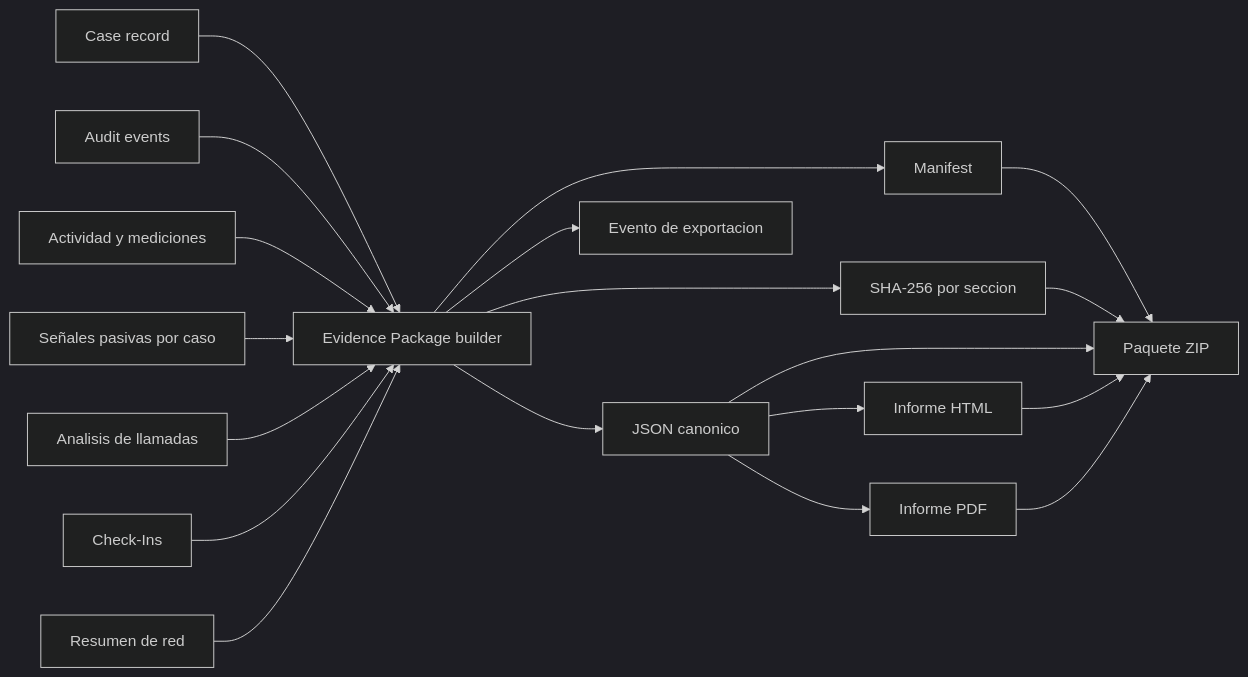
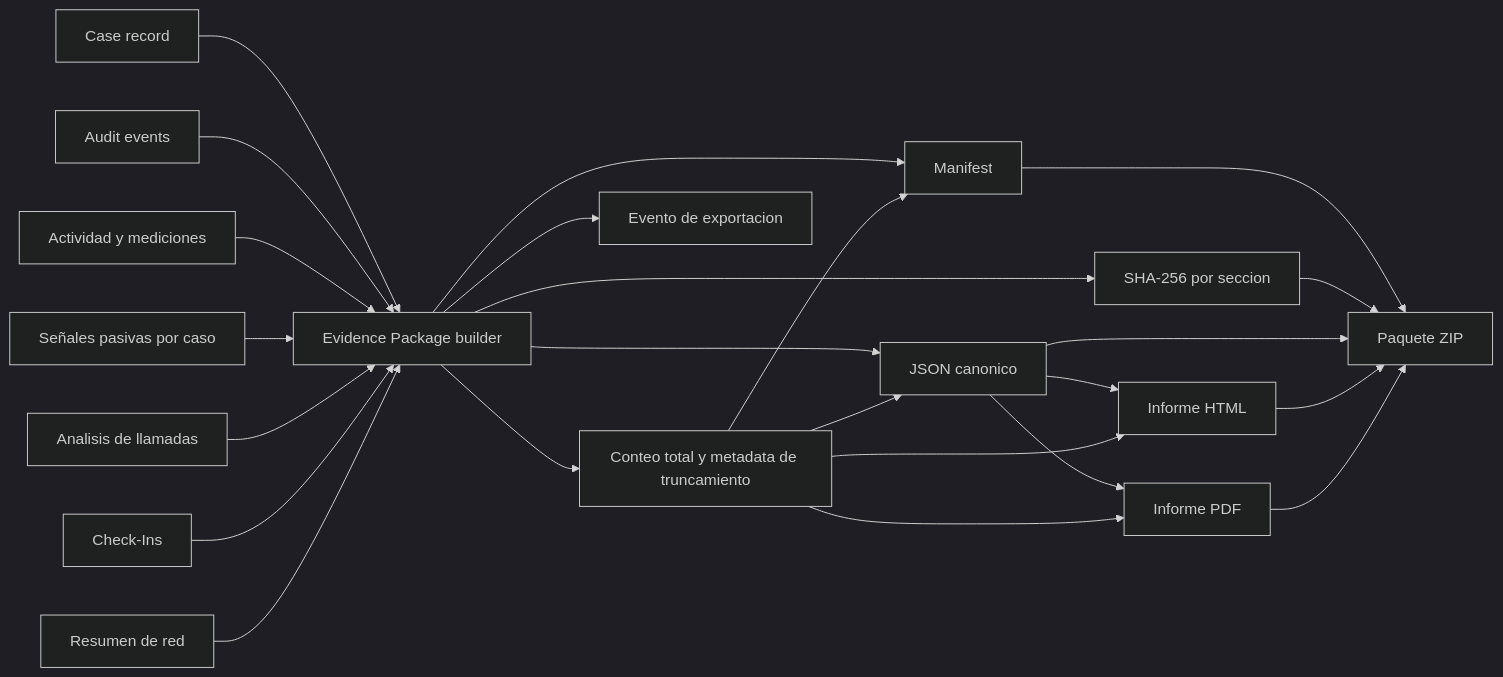
The diagram in docs/diagrams/10-evidence-reporting.md (deco31416/wp-monitor), drawn with Mermaid (dark theme) before and after one commit. The commit also changed other lines of this file and 34 other files, not shown here.

````diff
--- a/docs/diagrams/10-evidence-reporting.md
+++ b/docs/diagrams/10-evidence-reporting.md
@@ -7,38 +7,44 @@
 ```mermaid
 flowchart LR
     Case[Case record]
     Audit[Audit events]
     Activity[Actividad y mediciones]
     Passive[Señales pasivas por caso]
     Calls[Analisis de llamadas]
     CheckIns[Check-Ins]
     Network[Resumen de red]
 
     Builder[Evidence Package builder]
+    Coverage[Conteo total y metadata de truncamiento]
     Manifest[Manifest]
     Hashes[SHA-256 por seccion]
     JSON[JSON canonico]
     HTML[Informe HTML]
     PDF[Informe PDF]
     ZIP[Paquete ZIP]
     NewAudit[Evento de exportacion]
 
     Case --> Builder
     Audit --> Builder
     Activity --> Builder
     Passive --> Builder
     Calls --> Builder
     CheckIns --> Builder
     Network --> Builder
+    Builder --> Coverage
     Builder --> Manifest
     Builder --> Hashes
     Builder --> JSON
     JSON --> HTML
     JSON --> PDF
     Manifest --> ZIP
     Hashes --> ZIP
     JSON --> ZIP
     HTML --> ZIP
     PDF --> ZIP
+    Coverage --> Manifest
+    Coverage --> JSON
+    Coverage --> HTML
+    Coverage --> PDF
     Builder --> NewAudit
 ```
````
